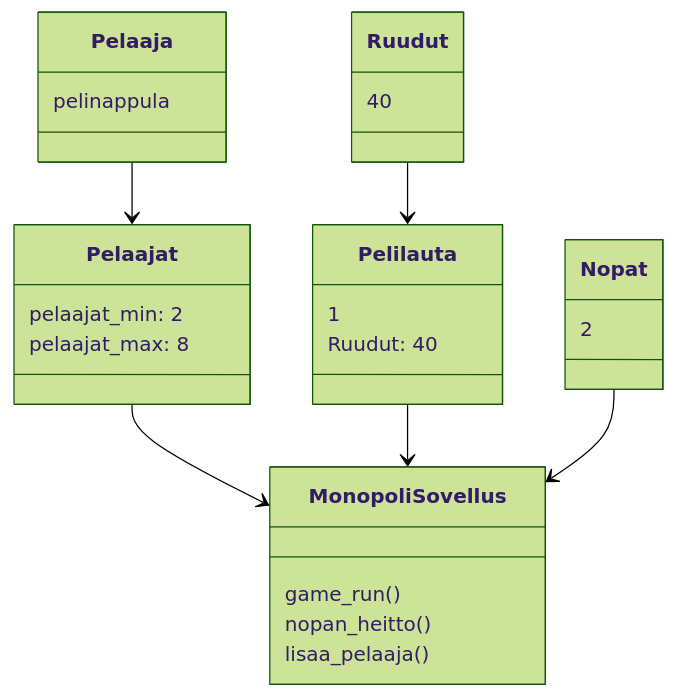
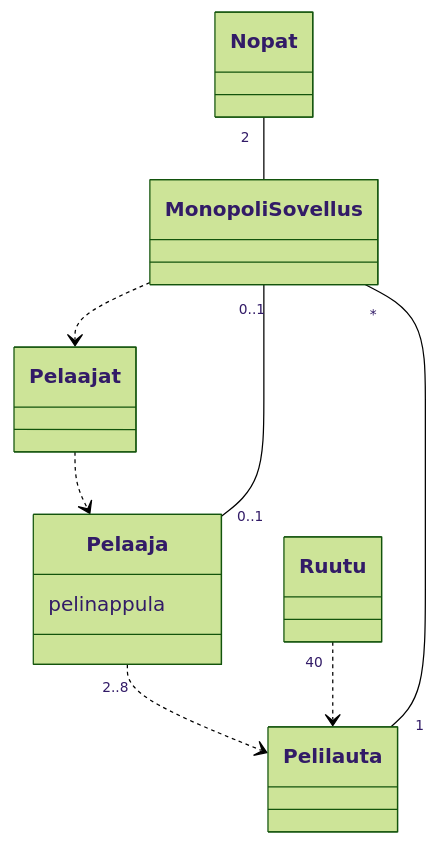
Before and after one commit to neoh1/ot-harjoitustyo: the first of 2 diagrams in laskarit/viikko3/README.md, drawn with Mermaid (forest theme). The commit also changed other lines of this file, not shown here.

````diff
--- a/laskarit/viikko3/README.md
+++ b/laskarit/viikko3/README.md
@@ -2,31 +3,25 @@
 ```mermaid
  classDiagram
   class MonopoliSovellus{
-    game_run()
-    nopan_heitto()
-    lisaa_pelaaja()
   }
   class Nopat{
-      2
   }
   class Pelaaja{
     pelinappula
   }
   class Pelaajat{
-    pelaajat_min: 2
-    pelaajat_max: 8
   }
-  Pelaaja --> Pelaajat
+  Pelaajat ..> Pelaaja
+  MonopoliSovellus ..> Pelaajat
   class Pelilauta{
-    1
-    Ruudut: 40
     
   }
-  class Ruudut{
-    40
+  class Ruutu{
   }
-  Pelaajat --> MonopoliSovellus
-  Pelilauta --> MonopoliSovellus
-  Nopat --> MonopoliSovellus
-  Ruudut --> Pelilauta
-  ```
+  Pelaaja  "0..1" -- "0..1" MonopoliSovellus
+  Pelaaja  "2..8" ..>  Pelilauta
+  Pelilauta "1" -- "*" MonopoliSovellus
+  Nopat "2" -- MonopoliSovellus
+  Ruutu "40" ..>   Pelilauta
+
+```
````
